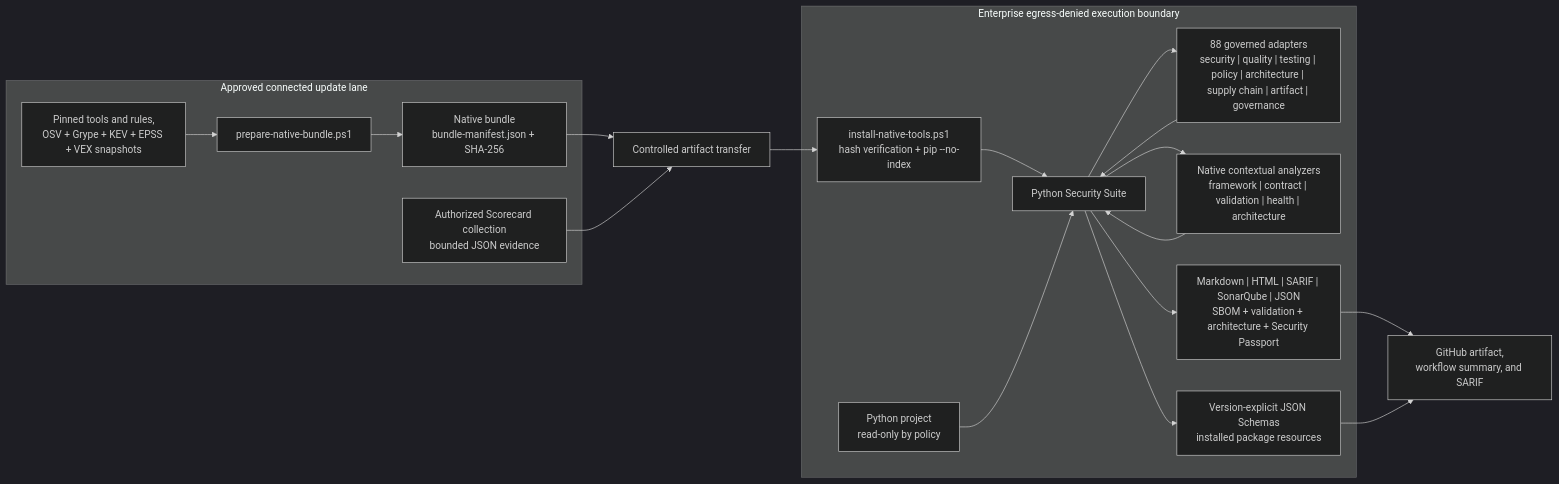
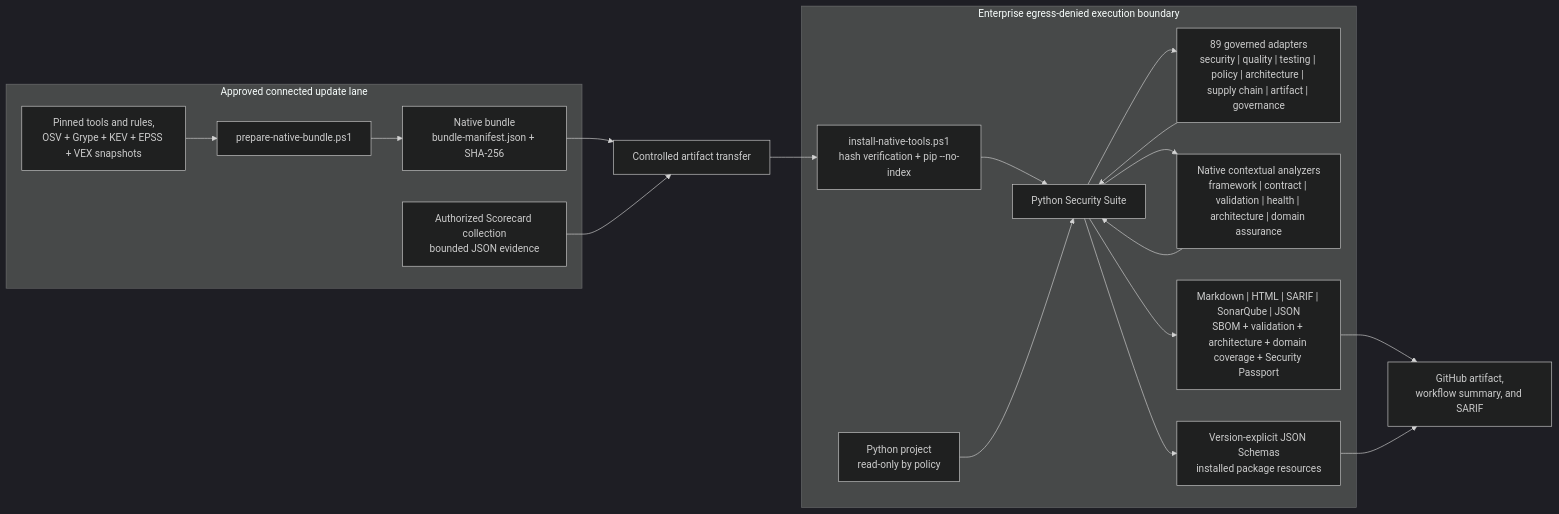
One commit to willtran87/project-py-security-suite changed the first of 17 diagrams in docs/design.md. Above: the diagram before and after it, drawn with Mermaid (dark theme). The commit also changed other lines of this file and 50 other files, not shown here.

Commit message:
feat: add governed domain and LLM adversarial assurance

````diff
--- a/docs/design.md
+++ b/docs/design.md
@@ -29,37 +29,37 @@
 ```mermaid
 flowchart LR
     subgraph Connected["Approved connected update lane"]
         Prep["prepare-native-bundle.ps1"]
         Sources["Pinned tools and rules,<br/>OSV + Grype + KEV + EPSS + VEX snapshots"]
         ScorecardCollect["Authorized Scorecard collection<br/>bounded JSON evidence"]
         Bundle["Native bundle<br/>bundle-manifest.json + SHA-256"]
         Sources --> Prep --> Bundle
     end
 
     Transfer["Controlled artifact transfer"]
 
     subgraph Boundary["Enterprise egress-denied execution boundary"]
         Install["install-native-tools.ps1<br/>hash verification + pip --no-index"]
         Project["Python project<br/>read-only by policy"]
         Suite["Python Security Suite"]
-        Scanners["88 governed adapters<br/>security | quality | testing | policy | architecture | supply chain | artifact | governance"]
-        Analyzers["Native contextual analyzers<br/>framework | contract | validation | health | architecture"]
-        Reports["Markdown | HTML | SARIF | SonarQube | JSON<br/>SBOM + validation + architecture + Security Passport"]
+        Scanners["89 governed adapters<br/>security | quality | testing | policy | architecture | supply chain | artifact | governance"]
+        Analyzers["Native contextual analyzers<br/>framework | contract | validation | health | architecture | domain assurance"]
+        Reports["Markdown | HTML | SARIF | SonarQube | JSON<br/>SBOM + validation + architecture + domain coverage + Security Passport"]
         Contracts["Version-explicit JSON Schemas<br/>installed package resources"]
         Install --> Suite
         Project --> Suite
         Suite --> Scanners
         Scanners --> Suite
         Suite --> Analyzers
         Analyzers --> Suite
         Suite --> Reports
         Suite --> Contracts
     end
 
     GitHub["GitHub artifact,<br/>workflow summary, and SARIF"]
 
     Bundle --> Transfer --> Install
     ScorecardCollect --> Transfer
     Reports --> GitHub
     Contracts --> GitHub
 ```
````
